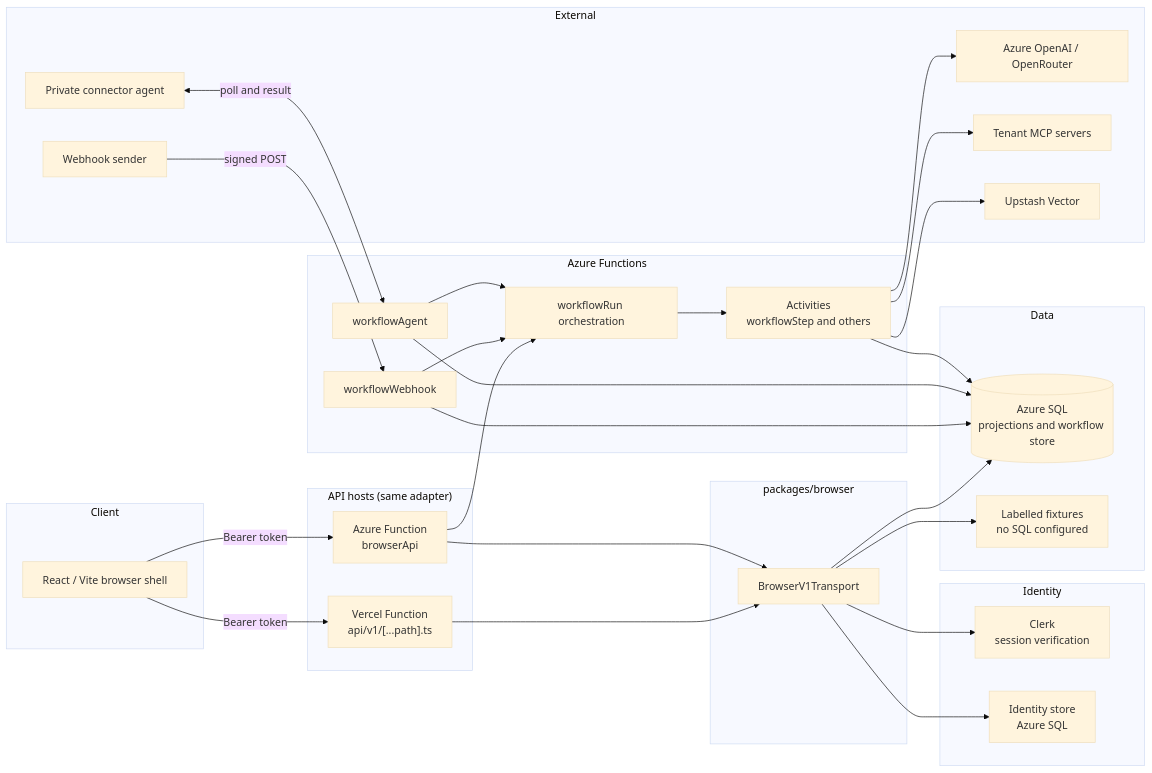
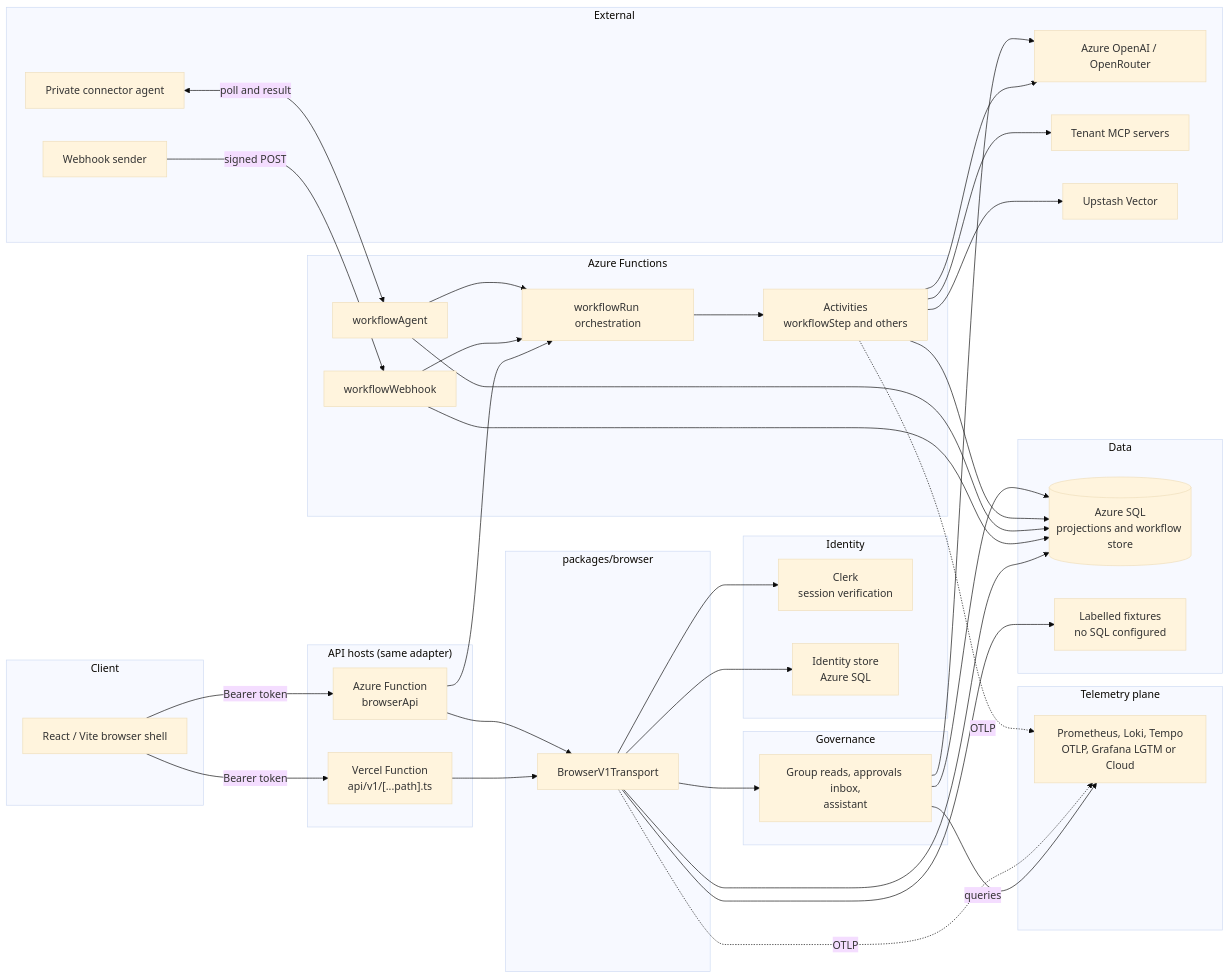
One commit to SmayanKulkarni/Enterprise-Agent-Automation-Platform changed the second of 16 diagrams in README.md. Above: the diagram before and after it, drawn with Mermaid (base theme). The commit also changed other lines of this file and 135 other files, not shown here.

````diff
--- a/README.md
+++ b/README.md
@@ -75,61 +178,75 @@
 ```mermaid
 flowchart LR
     subgraph Client
         B["React / Vite browser shell"]
     end
 
     subgraph Hosts["API hosts (same adapter)"]
         V["Vercel Function<br/>api/v1/[...path].ts"]
         A["Azure Function<br/>browserApi"]
     end
 
     subgraph Core["packages/browser"]
         T["BrowserV1Transport"]
     end
 
     subgraph Identity
         C["Clerk<br/>session verification"]
         I["Identity store<br/>Azure SQL"]
     end
 
     subgraph Data
         SQL[("Azure SQL<br/>projections and workflow store")]
         FX["Labelled fixtures<br/>no SQL configured"]
     end
 
     subgraph Durable["Azure Functions"]
         WH["workflowWebhook"]
         AG["workflowAgent"]
         OR["workflowRun orchestration"]
         ACT["Activities<br/>workflowStep and others"]
     end
 
+    subgraph Governance["Governance"]
+        GV["Group reads, approvals inbox,<br/>assistant"]
+    end
+
+    subgraph Telemetry["Telemetry plane"]
+        TEL["Prometheus, Loki, Tempo<br/>OTLP, Grafana LGTM or Cloud"]
+    end
+
     subgraph External
         LLM["Azure OpenAI / OpenRouter"]
         MCP["Tenant MCP servers"]
         VEC["Upstash Vector"]
         PCA["Private connector agent"]
         SND["Webhook sender"]
     end
 
     B -->|"Bearer token"| V
     B -->|"Bearer token"| A
     V --> T
     A --> T
     T --> C
     T --> I
     T --> SQL
     T --> FX
     A --> OR
     SND -->|"signed POST"| WH
     WH --> SQL
     WH --> OR
     PCA <-->|"poll and result"| AG
     AG --> SQL
     AG --> OR
     OR --> ACT
     ACT --> SQL
     ACT --> LLM
     ACT --> MCP
     ACT --> VEC
+    T --> GV
+    GV --> SQL
+    GV -->|"queries"| TEL
+    GV --> LLM
+    T -.->|"OTLP"| TEL
+    ACT -.->|"OTLP"| TEL
 ```
````
